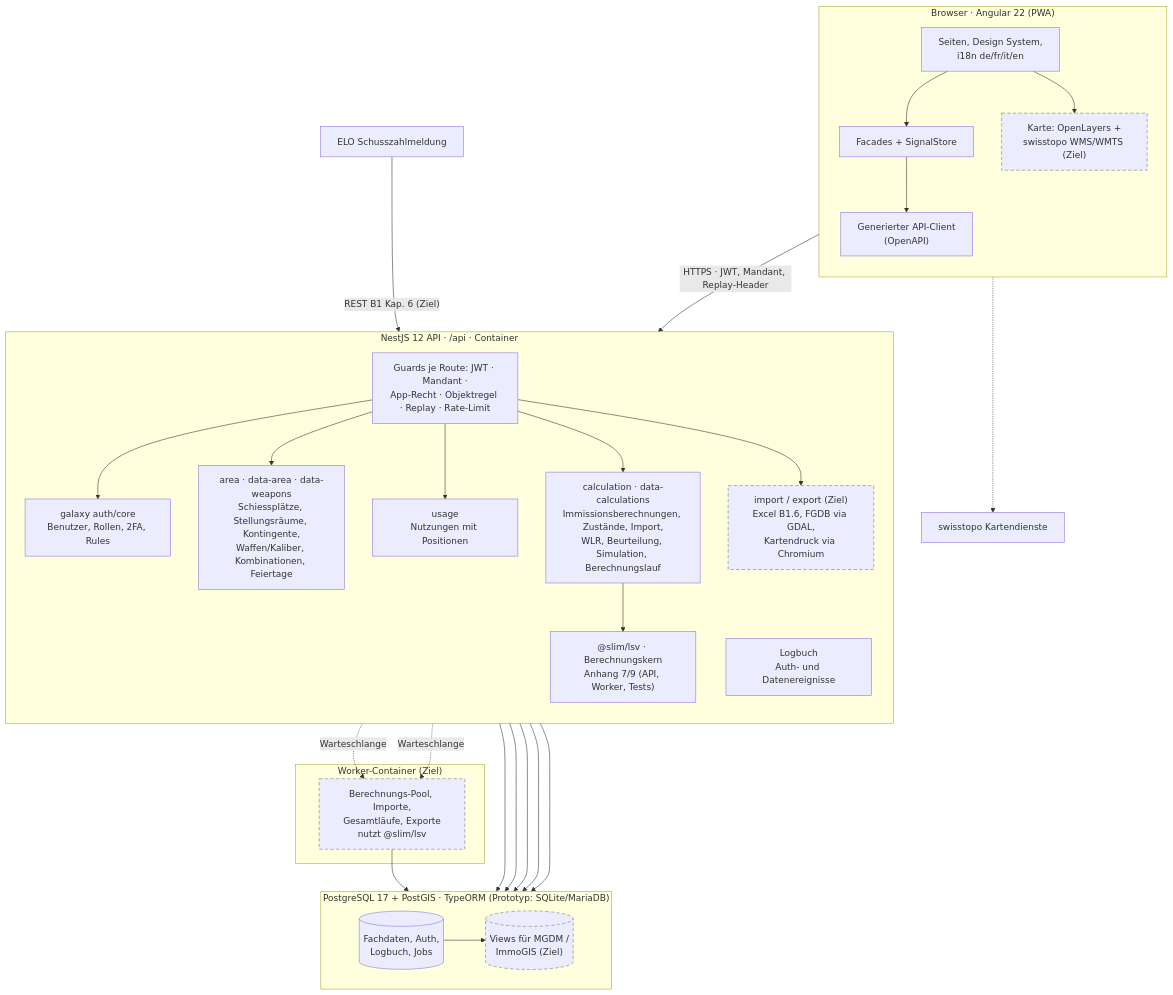
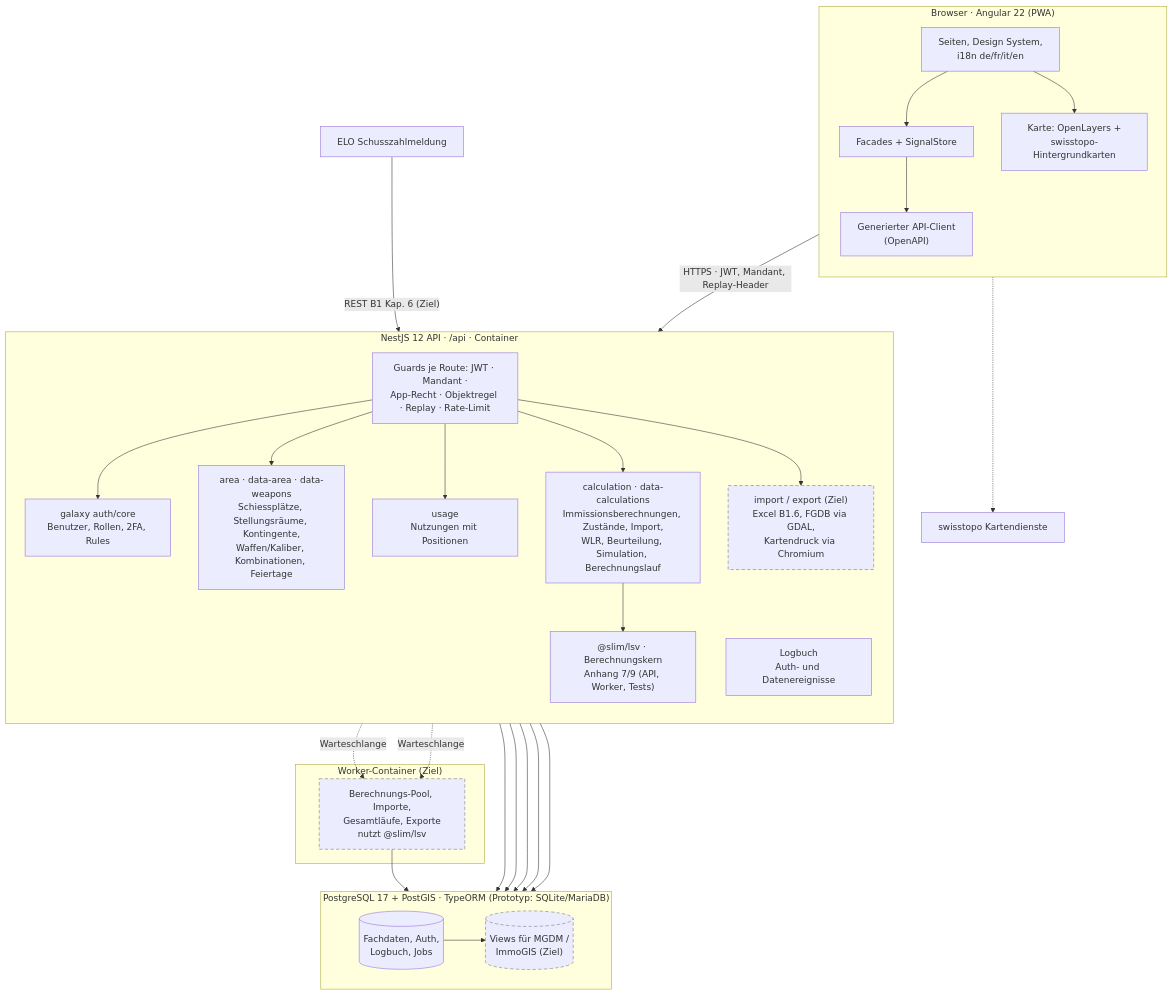
Before and after one commit to WeslleyDeSouza/slim-shooting-range-noise-management: the first of 5 diagrams in docs/anforderungskatalog/C2-Loesungskonzept-SLIM.md, drawn with Mermaid. The commit also changed other lines of this file and 13 other files, not shown here.

````diff
--- a/docs/anforderungskatalog/C2-Loesungskonzept-SLIM.md
+++ b/docs/anforderungskatalog/C2-Loesungskonzept-SLIM.md
@@ -17,43 +19,43 @@
-```mermaid width=90%
+```mermaid width=85%
 flowchart TB
   subgraph Client["Browser · Angular 22 (PWA)"]
     direction TB
     APP["Seiten, Design System,<br/>i18n de/fr/it/en"]
     FACADE["Facades + SignalStore"]
     CLIENT["Generierter API-Client<br/>(OpenAPI)"]
-    MAP["Karte: OpenLayers +<br/>swisstopo WMS/WMTS (Ziel)"]:::target
+    MAP["Karte: OpenLayers +<br/>swisstopo-Hintergrundkarten"]
     APP --> FACADE --> CLIENT
     APP --> MAP
   end
   subgraph Server["NestJS 12 API · /api · Container"]
     direction TB
     GUARDS["Guards je Route: JWT · Mandant ·<br/>App-Recht · Objektregel · Replay · Rate-Limit"]
     GALAXY["galaxy auth/core<br/>Benutzer, Rollen, 2FA, Rules"]
     AREA["area · data-area · data-weapons<br/>Schiessplätze, Stellungsräume, Kontingente,<br/>Waffen/Kaliber, Kombinationen, Feiertage"]
     USAGE["usage<br/>Nutzungen mit Positionen"]
     CALC["calculation · data-calculations<br/>Immissionsberechnungen, Zustände, Import,<br/>WLR, Beurteilung, Simulation, Berechnungslauf"]
     IO["import / export (Ziel)<br/>Excel B1.6, FGDB via GDAL,<br/>Kartendruck via Chromium"]:::target
     LSV["@slim/lsv · Berechnungskern<br/>Anhang 7/9 (API, Worker, Tests)"]
     LOG["Logbuch<br/>Auth- und Datenereignisse"]
     GUARDS --> GALAXY & AREA & USAGE & CALC & IO
     CALC --> LSV
   end
   subgraph Worker["Worker-Container (Ziel)"]
     JOBS["Berechnungs-Pool, Importe,<br/>Gesamtläufe, Exporte<br/>nutzt @slim/lsv"]:::target
   end
   CALC -. "Warteschlange" .-> JOBS
   IO -. "Warteschlange" .-> JOBS
   subgraph Data["PostgreSQL 17 + PostGIS · TypeORM (Prototyp: SQLite/MariaDB)"]
     direction LR
     DB[("Fachdaten, Auth,<br/>Logbuch, Jobs")]
     VIEWS[("Views für MGDM /<br/>ImmoGIS (Ziel)")]:::target
   end
   ELO["ELO Schusszahlmeldung"]
   GEO["swisstopo Kartendienste"]
   CLIENT -- "HTTPS · JWT, Mandant, Replay-Header" --> GUARDS
   ELO -- "REST B1 Kap. 6 (Ziel)" --> GUARDS
   MAP -.-> GEO
   AREA & USAGE & CALC & GALAXY & LOG & JOBS --> DB
   DB --> VIEWS
   classDef target stroke-dasharray:6 4,stroke:#777;
 ```
````
